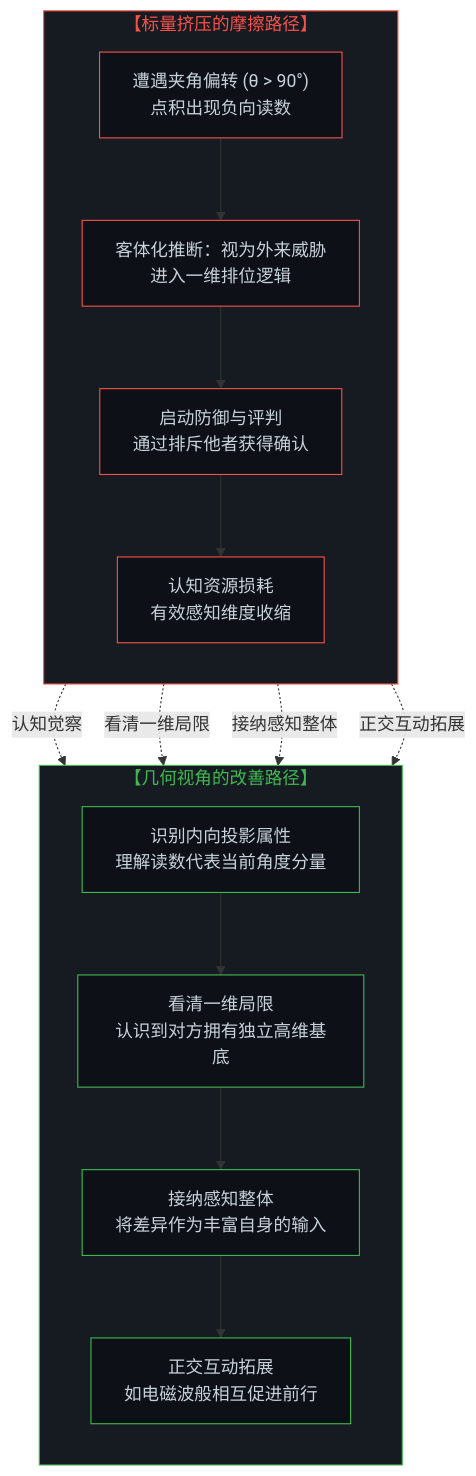
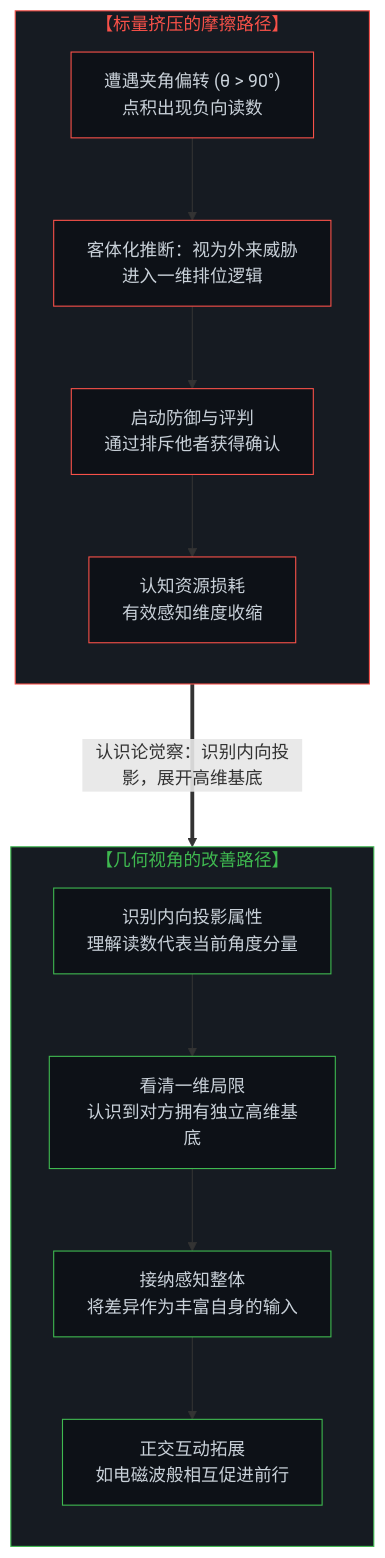
Before and after one commit to powerpig99/not-a-toe: the third of 4 diagrams in content/posts/the-mind-as-vector-and-coordinate-system.md, drawn with Mermaid. The commit also changed other lines of this file and 1 other file, not shown here.

Commit message:
Convert all Mermaid diagrams to strictly vertical mobile-friendly top-down flow

````diff
--- a/content/posts/the-mind-as-vector-and-coordinate-system.md
+++ b/content/posts/the-mind-as-vector-and-coordinate-system.md
@@ -167,36 +167,33 @@
 ```mermaid
 graph TD
     subgraph Conflict["【标量挤压的摩擦路径】"]
         direction TB
         C1["遭遇夹角偏转 (θ > 90°)<br>点积出现负向读数"]
         C2["客体化推断：视为外来威胁<br>进入一维排位逻辑"]
         C3["启动防御与评判<br>通过排斥他者获得确认"]
         C4["认知资源损耗<br>有效感知维度收缩"]
         C1 --> C2 --> C3 --> C4
     end
 
     subgraph Resolution["【几何视角的改善路径】"]
         direction TB
         D1["识别内向投影属性<br>理解读数代表当前角度分量"]
         D2["看清一维局限<br>认识到对方拥有独立高维基底"]
         D3["接纳感知整体<br>将差异作为丰富自身的输入"]
         D4["正交互动拓展<br>如电磁波般相互促进前行"]
         D1 --> D2 --> D3 --> D4
     end
 
-    C1 -.->|"认知觉察"| D1
-    C2 -.->|"看清一维局限"| D2
-    C3 -.->|"接纳感知整体"| D3
-    C4 -.->|"正交互动拓展"| D4
+    C4 ===>|"认识论觉察：识别内向投影，展开高维基底"| D1
 
     style Conflict fill:#161b22,stroke:#f85149,stroke-width:1px,color:#f85149
     style Resolution fill:#161b22,stroke:#3fb950,stroke-width:1px,color:#3fb950
     style C1 fill:#0d1117,stroke:#f85149,stroke-width:1px,color:#c9d1d9
     style C2 fill:#0d1117,stroke:#f85149,stroke-width:1px,color:#c9d1d9
     style C3 fill:#0d1117,stroke:#f85149,stroke-width:1px,color:#c9d1d9
     style C4 fill:#0d1117,stroke:#f85149,stroke-width:1px,color:#c9d1d9
     style D1 fill:#0d1117,stroke:#3fb950,stroke-width:1px,color:#c9d1d9
     style D2 fill:#0d1117,stroke:#3fb950,stroke-width:1px,color:#c9d1d9
     style D3 fill:#0d1117,stroke:#3fb950,stroke-width:1px,color:#c9d1d9
     style D4 fill:#0d1117,stroke:#3fb950,stroke-width:1px,color:#c9d1d9
 ```
````
